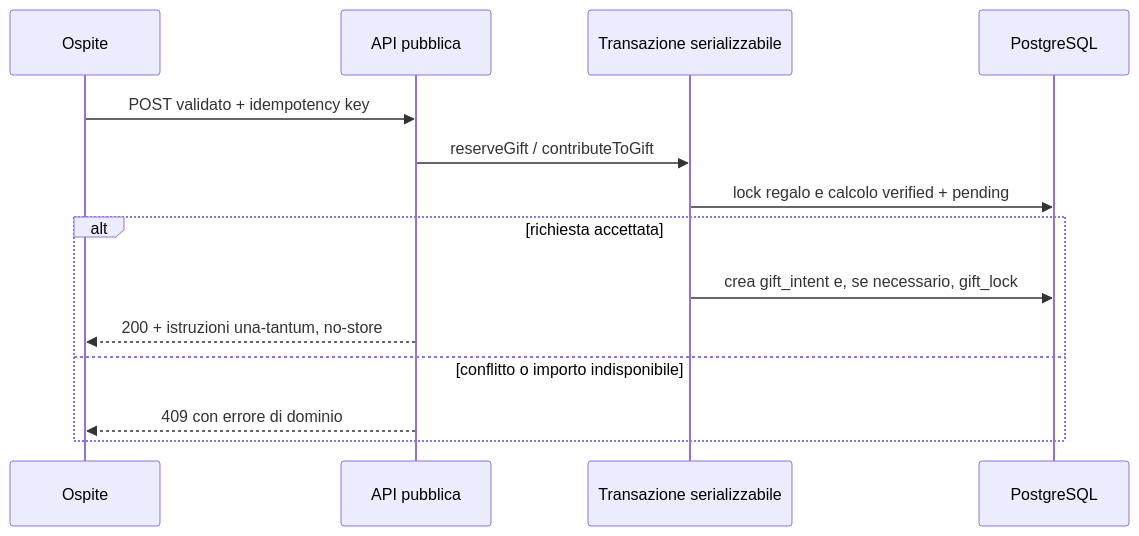
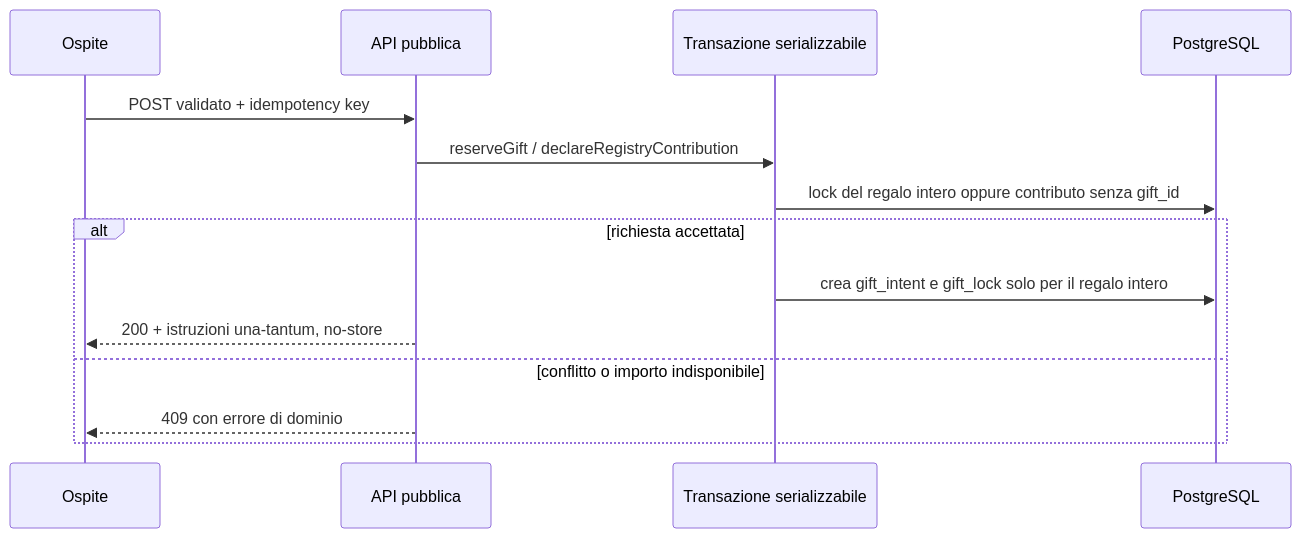
Before and after one commit to gabrielesanticchi/giuliaegabriele.love: the second of 2 diagrams in README.md, drawn with Mermaid. The commit also changed other lines of this file and 43 other files, not shown here.

````diff
--- a/README.md
+++ b/README.md
@@ -223,17 +223,17 @@
 ```mermaid
 sequenceDiagram
   participant U as Ospite
   participant API as API pubblica
   participant TX as Transazione serializzabile
   participant PG as PostgreSQL
 
   U->>API: POST validato + idempotency key
-  API->>TX: reserveGift / contributeToGift
-  TX->>PG: lock regalo e calcolo verified + pending
+  API->>TX: reserveGift / declareRegistryContribution
+  TX->>PG: lock del regalo intero oppure contributo senza gift_id
   alt richiesta accettata
-    TX->>PG: crea gift_intent e, se necessario, gift_lock
+    TX->>PG: crea gift_intent e gift_lock solo per il regalo intero
     API-->>U: 200 + istruzioni una-tantum, no-store
   else conflitto o importo indisponibile
     API-->>U: 409 con errore di dominio
   end
 ```
````
